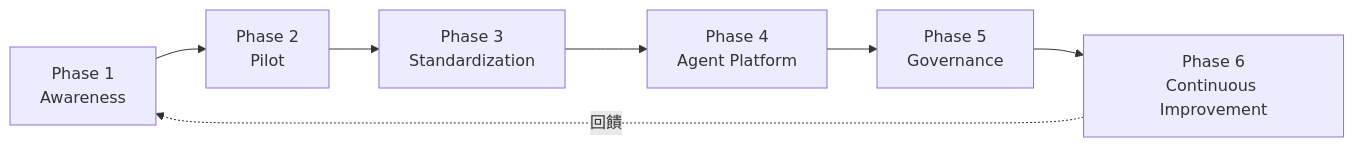
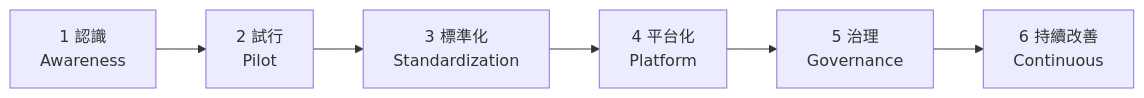
Diagram 17 of 18 in content/posts/教學/AI開發/awesome-copilot教學手冊.md (chihhung/Blog), drawn with Mermaid before and after one commit. The commit also changed other lines of this file and 1 other file, not shown here.

````diff
--- a/content/posts/教學/AI開發/awesome-copilot教學手冊.md
+++ b/content/posts/教學/AI開發/awesome-copilot教學手冊.md
@@ -3990,9 +4635,4 @@
 ```mermaid
-graph LR
-    P1["Phase 1<br/>Awareness"] --> P2["Phase 2<br/>Pilot"]
-    P2 --> P3["Phase 3<br/>Standardization"]
-    P3 --> P4["Phase 4<br/>Agent Platform"]
-    P4 --> P5["Phase 5<br/>Governance"]
-    P5 --> P6["Phase 6<br/>Continuous Improvement"]
-    P6 -.->|"回饋"| P1
+flowchart LR
+    A["1 認識<br/>Awareness"] --> B["2 試行<br/>Pilot"] --> C["3 標準化<br/>Standardization"] --> D["4 平台化<br/>Platform"] --> E["5 治理<br/>Governance"] --> F["6 持續改善<br/>Continuous"]
 ```
````
